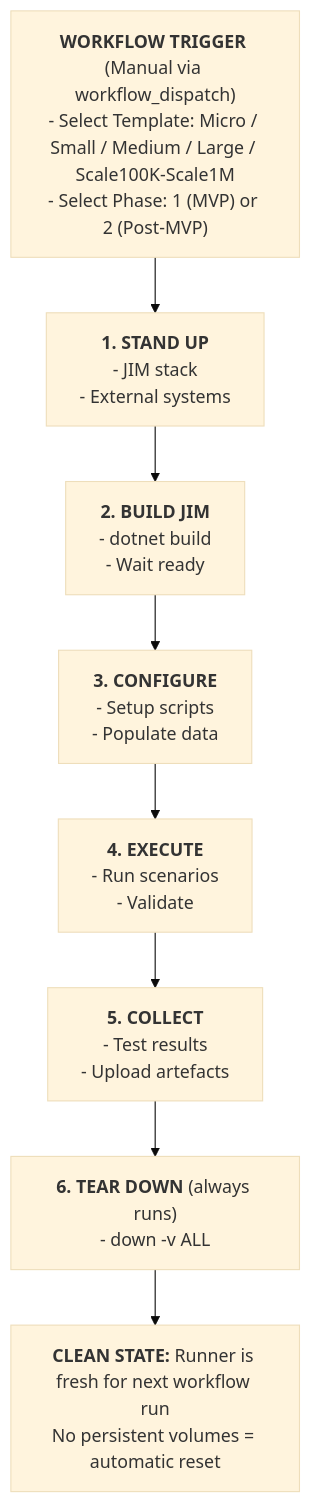
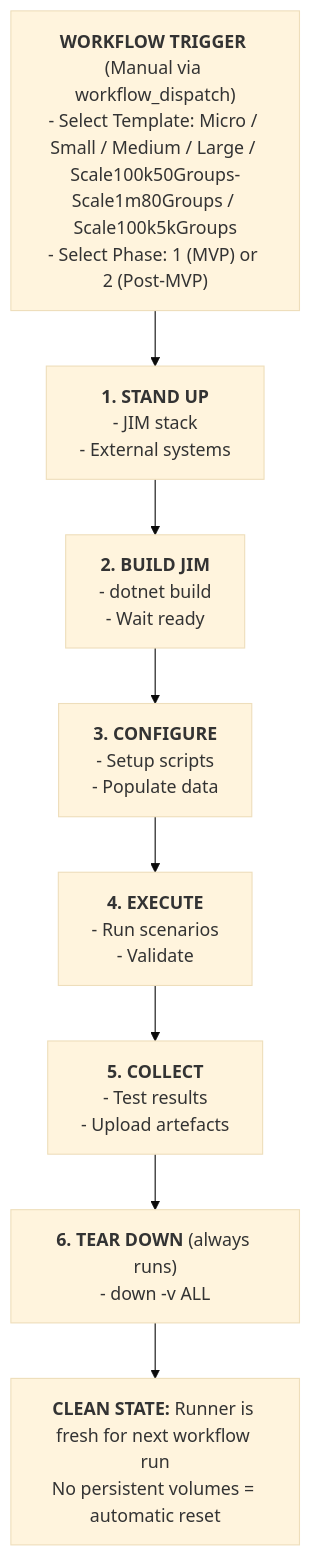
The second of 4 diagrams in engineering/INTEGRATION_TESTING.md (TetronIO/JIM), drawn with Mermaid (base theme) before and after one commit. The commit also changed other lines of this file and 35 other files, not shown here.

First line of the commit message:
test: rename scale templates and add Scale100k5kGroups long-tail (#743)

````diff
--- a/engineering/INTEGRATION_TESTING.md
+++ b/engineering/INTEGRATION_TESTING.md
@@ -231,12 +232,12 @@
 ```mermaid
 flowchart TD
-    T["<b>WORKFLOW TRIGGER</b> (Manual via workflow_dispatch)<br/>- Select Template: Micro / Small / Medium / Large / Scale100K-Scale1M<br/>- Select Phase: 1 (MVP) or 2 (Post-MVP)"]
+    T["<b>WORKFLOW TRIGGER</b> (Manual via workflow_dispatch)<br/>- Select Template: Micro / Small / Medium / Large / Scale100k50Groups-Scale1m80Groups / Scale100k5kGroups<br/>- Select Phase: 1 (MVP) or 2 (Post-MVP)"]
     S1["<b>1. STAND UP</b><br/>- JIM stack<br/>- External systems"]
     S2["<b>2. BUILD JIM</b><br/>- dotnet build<br/>- Wait ready"]
     S3["<b>3. CONFIGURE</b><br/>- Setup scripts<br/>- Populate data"]
     S4["<b>4. EXECUTE</b><br/>- Run scenarios<br/>- Validate"]
     S5["<b>5. COLLECT</b><br/>- Test results<br/>- Upload artefacts"]
     S6["<b>6. TEAR DOWN</b> (always runs)<br/>- down -v ALL"]
     C["<b>CLEAN STATE:</b> Runner is fresh for next workflow run<br/>No persistent volumes = automatic reset"]
     T --> S1 --> S2 --> S3 --> S4 --> S5 --> S6 --> C
 ```
````
